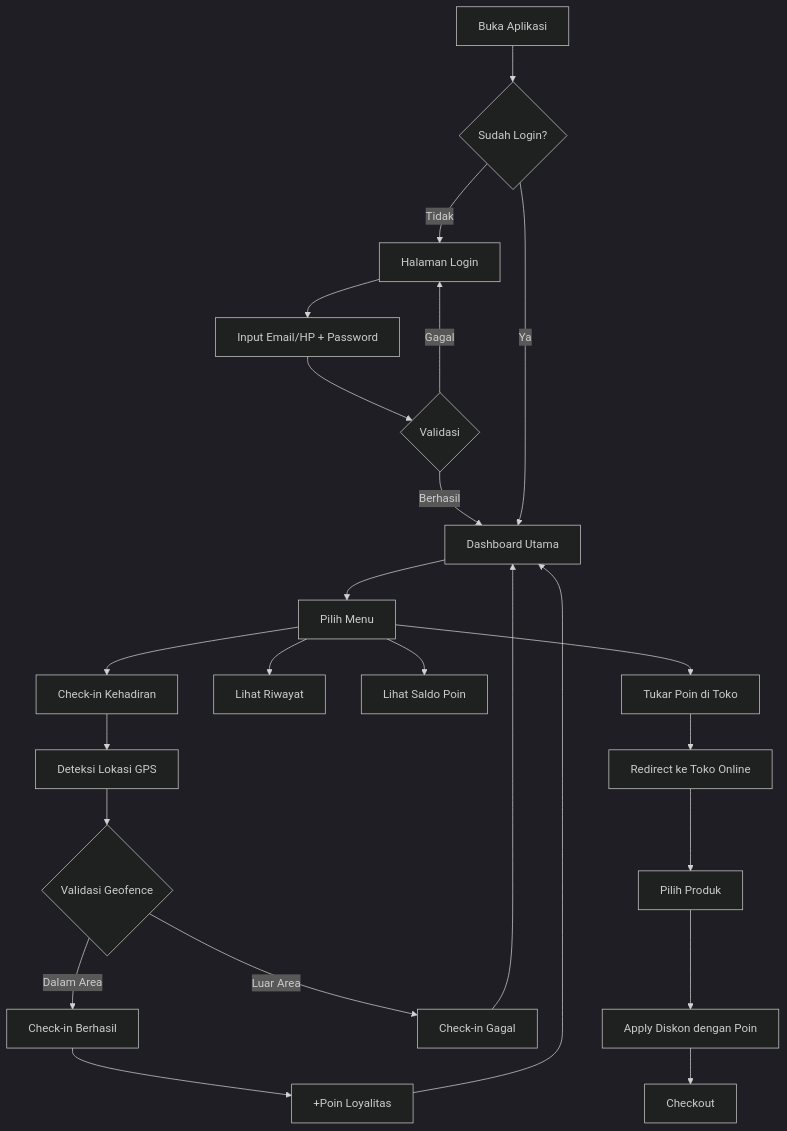
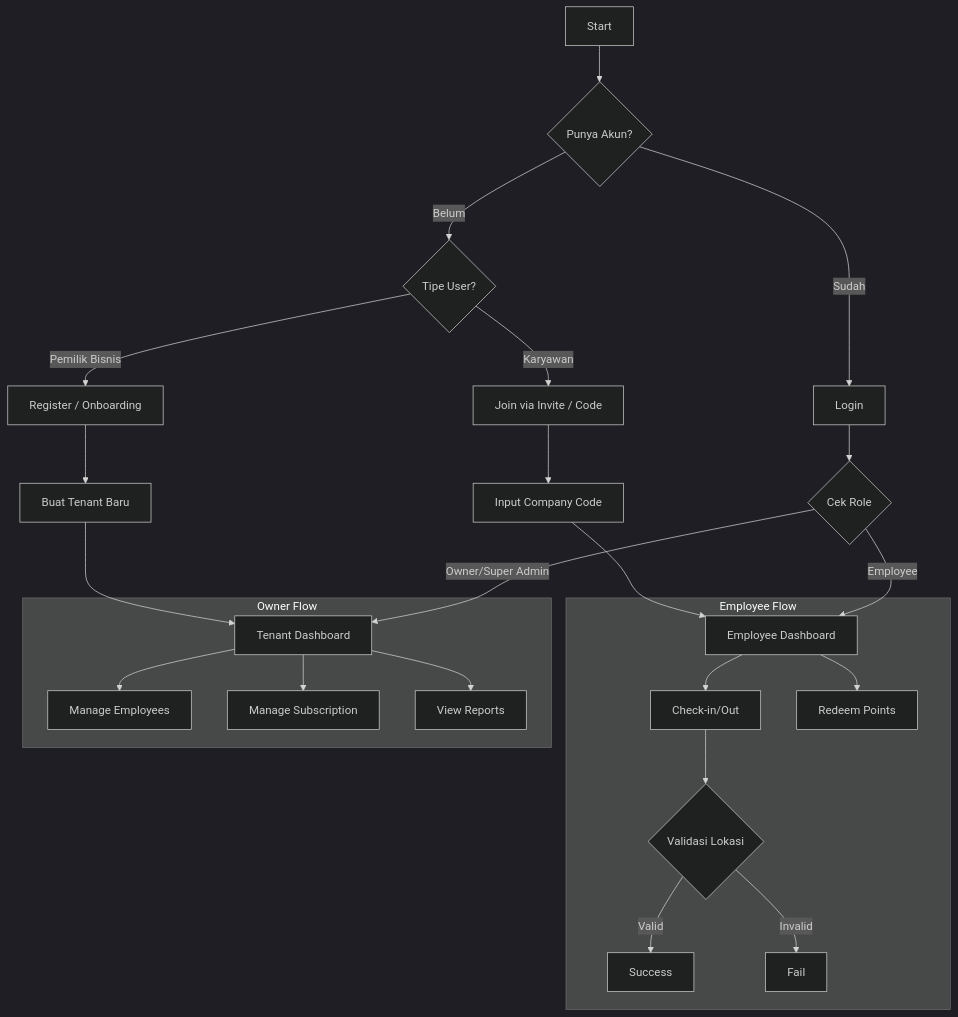
One commit to add146/absen changed the first of 4 diagrams in docs/PRD.md. Above: the diagram before and after it, drawn with Mermaid (dark theme). The commit also changed other lines of this file and 1 other file, not shown here.

Commit message:
docs: Update PRD and README with SaaS architecture details

````diff
--- a/docs/PRD.md
+++ b/docs/PRD.md
@@ -19,30 +19,33 @@
 ```mermaid
 flowchart TD
-    A[Buka Aplikasi] --> B{Sudah Login?}
-    B -->|Tidak| C[Halaman Login]
-    C --> D[Input Email/HP + Password]
-    D --> E{Validasi}
-    E -->|Gagal| C
-    E -->|Berhasil| F[Dashboard Utama]
+    A[Start] --> B{Punya Akun?}
     
-    B -->|Ya| F
+    B -->|Belum| C{Tipe User?}
+    C -->|Pemilik Bisnis| D[Register / Onboarding]
+    C -->|Karyawan| E[Join via Invite / Code]
     
-    F --> G[Pilih Menu]
-    G --> H[Check-in Kehadiran]
-    G --> I[Lihat Riwayat]
-    G --> J[Lihat Saldo Poin]
-    G --> K[Tukar Poin di Toko]
+    D --> D1[Buat Tenant Baru]
+    D1 --> F[Tenant Dashboard]
     
-    H --> L[Deteksi Lokasi GPS]
-    L --> M{Validasi Geofence}
-    M -->|Dalam Area| N[Check-in Berhasil]
-    N --> O[+Poin Loyalitas]
-    O --> F
-    M -->|Luar Area| P[Check-in Gagal]
-    P --> F
+    E --> E1[Input Company Code]
+    E1 --> G[Employee Dashboard]
     
-    K --> Q[Redirect ke Toko Online]
-    Q --> R[Pilih Produk]
-    R --> S[Apply Diskon dengan Poin]
-    S --> T[Checkout]
+    B -->|Sudah| H[Login]
+    H --> I{Cek Role}
+    I -->|Owner/Super Admin| F
+    I -->|Employee| G
+    
+    subgraph "Employee Flow"
+        G --> J[Check-in/Out]
+        G --> K[Redeem Points]
+        J --> L{Validasi Lokasi}
+        L -->|Valid| M[Success]
+        L -->|Invalid| N[Fail]
+    end
+    
+    subgraph "Owner Flow"
+        F --> O[Manage Employees]
+        F --> P[Manage Subscription]
+        F --> Q[View Reports]
+    end
 ```
````
